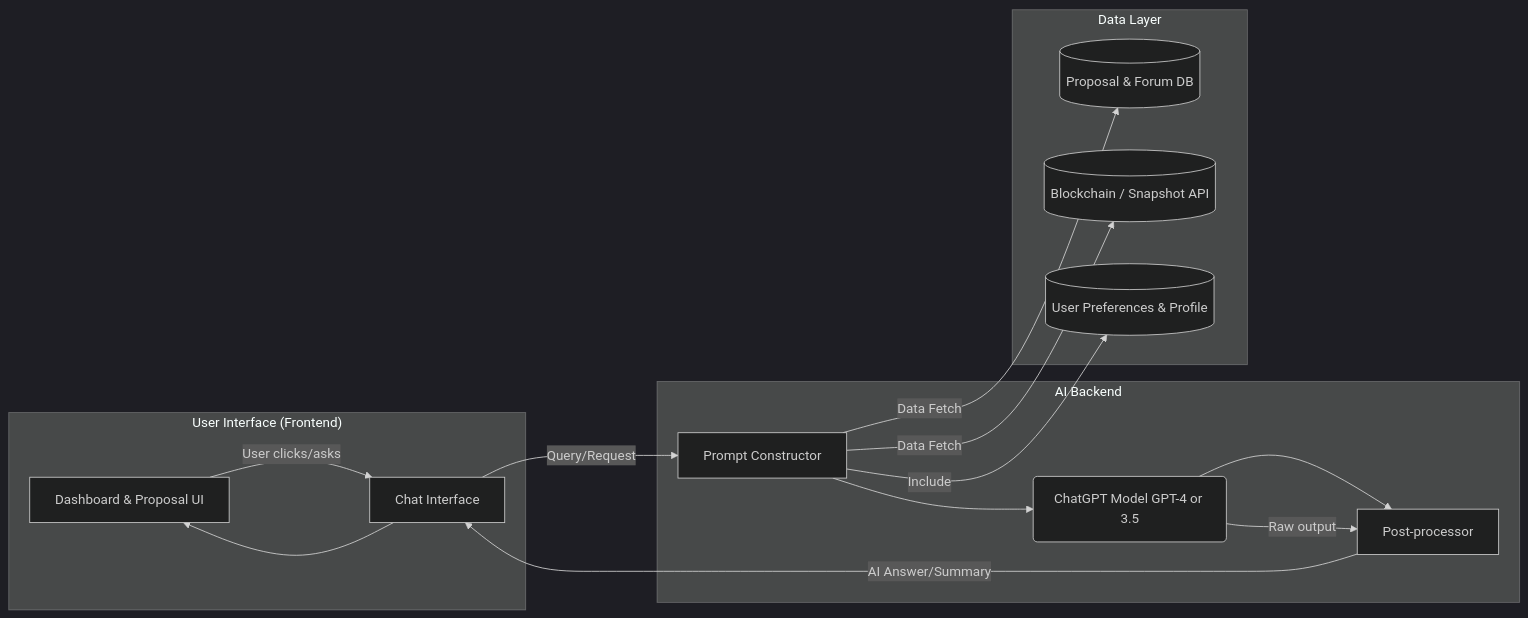
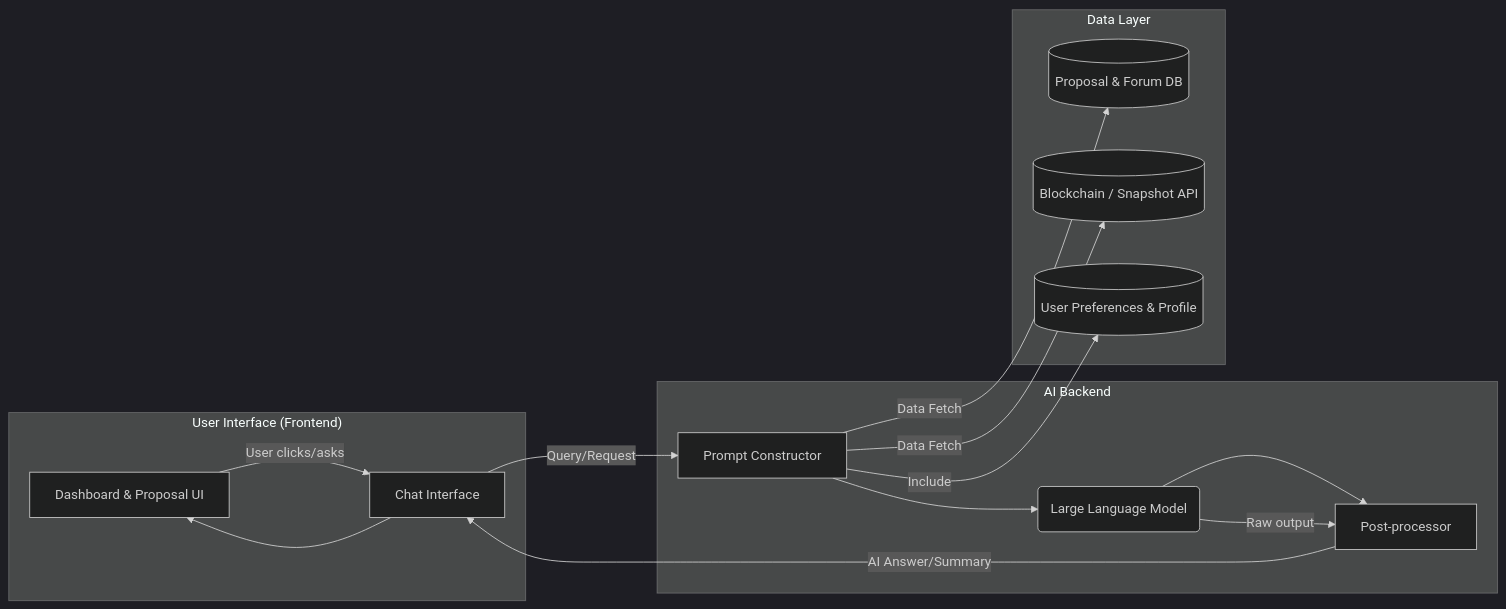
The second of 2 diagrams in AI-DAO-Summarization/Optimizing_AI_Agent_DAO_User_Interface/MosslandAI_AI_DAO_Summarization_Use_Cases.md (mossland/MosslandAI), drawn with Mermaid (dark theme) before and after one commit. The commit also changed other lines of this file and 45 other files, not shown here.

````diff
--- a/AI-DAO-Summarization/Optimizing_AI_Agent_DAO_User_Interface/MosslandAI_AI_DAO_Summarization_Use_Cases.md
+++ b/AI-DAO-Summarization/Optimizing_AI_Agent_DAO_User_Interface/MosslandAI_AI_DAO_Summarization_Use_Cases.md
@@ -459,25 +459,25 @@
 ```mermaid
 flowchart LR
     subgraph "User Interface (Frontend)"
         UI1[Dashboard & Proposal UI] -->|User clicks/asks| UI2[Chat Interface]
         UI2 --> UI1
     end
     
     subgraph "AI Backend"
-        APIPrompt[Prompt Constructor] --> LLM(ChatGPT Model GPT-4 or 3.5)
+        APIPrompt[Prompt Constructor] --> LLM(Large Language Model)
         LLM --> PostProc[Post-processor]
     end
     
     subgraph "Data Layer"
         DB[(Proposal & Forum DB)]
         Chain[(Blockchain / Snapshot API)]
         Prefs[(User Preferences & Profile)]
     end
     
     UI2 -->|Query/Request| APIPrompt
     APIPrompt -->|Data Fetch| DB
     APIPrompt -->|Data Fetch| Chain
     APIPrompt -->|Include| Prefs
     LLM -->|Raw output| PostProc
     PostProc -->|AI Answer/Summary| UI2
 ```
````
